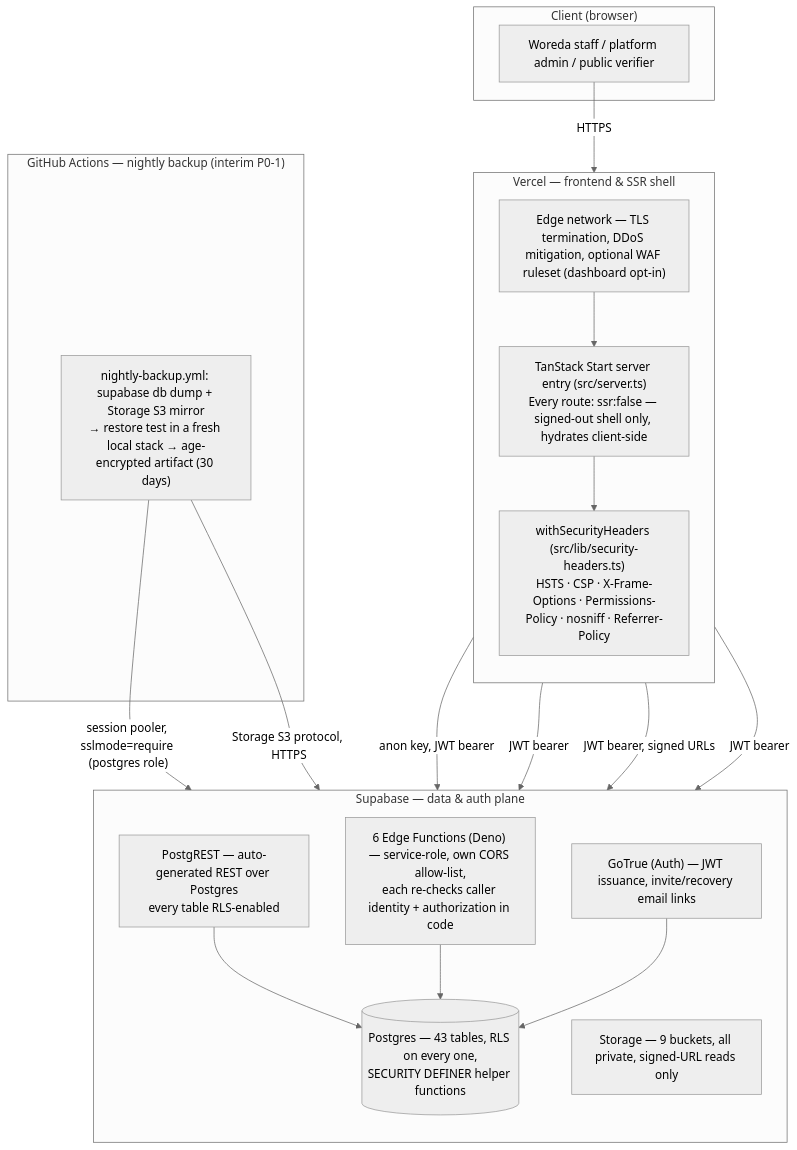
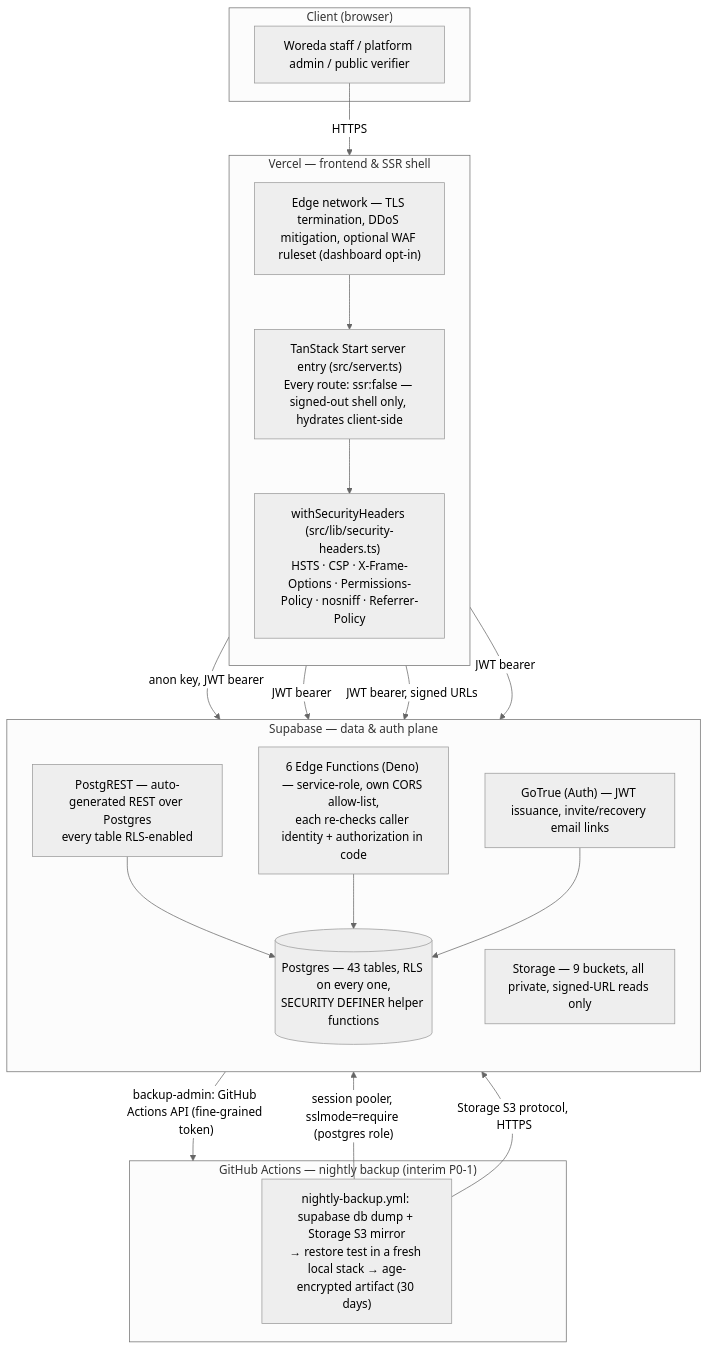
Before and after one commit to eskabdi/woredas-portal: the diagram in docs/architecture.md, drawn with Mermaid (neutral theme). The commit also changed other lines of this file and 20 other files, not shown here.

First line of the commit message:
feat(admin): Backup & Restore page in the Super Admin Console

````diff
--- a/docs/architecture.md
+++ b/docs/architecture.md
@@ -11,38 +11,39 @@
 ```mermaid
 flowchart TB
     subgraph Client["Client (browser)"]
         Browser["Woreda staff / platform admin / public verifier"]
     end
 
     subgraph Vercel["Vercel — frontend & SSR shell"]
         direction TB
         Edge["Edge network — TLS termination, DDoS mitigation, optional WAF ruleset (dashboard opt-in)"]
         SSR["TanStack Start server entry (src/server.ts)<br/>Every route: ssr:false — signed-out shell only, hydrates client-side"]
         Headers["withSecurityHeaders (src/lib/security-headers.ts)<br/>HSTS · CSP · X-Frame-Options · Permissions-Policy · nosniff · Referrer-Policy"]
         Edge --> SSR --> Headers
     end
 
     subgraph Supabase["Supabase — data & auth plane"]
         direction TB
         PostgREST["PostgREST — auto-generated REST over Postgres<br/>every table RLS-enabled"]
         Auth["GoTrue (Auth) — JWT issuance, invite/recovery email links"]
         Storage["Storage — 9 buckets, all private, signed-URL reads only"]
         Functions["6 Edge Functions (Deno) — service-role, own CORS allow-list,<br/>each re-checks caller identity + authorization in code"]
         DB[("Postgres — 43 tables, RLS on every one,<br/>SECURITY DEFINER helper functions")]
         PostgREST --> DB
         Functions --> DB
         Auth --> DB
     end
 
     subgraph GHA["GitHub Actions — nightly backup (interim P0-1)"]
         Backup["nightly-backup.yml: supabase db dump + Storage S3 mirror<br/>→ restore test in a fresh local stack → age-encrypted artifact (30 days)"]
     end
 
     Browser -- "HTTPS" --> Edge
     Headers -- "anon key, JWT bearer" --> PostgREST
     Headers -- "JWT bearer" --> Auth
     Headers -- "JWT bearer, signed URLs" --> Storage
     Headers -- "JWT bearer" --> Functions
     Backup -- "session pooler, sslmode=require (postgres role)" --> DB
     Backup -- "Storage S3 protocol, HTTPS" --> Storage
+    Functions -- "backup-admin: GitHub Actions API (fine-grained token)" --> GHA
 ```
````
